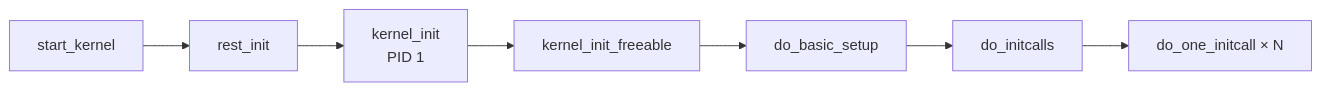
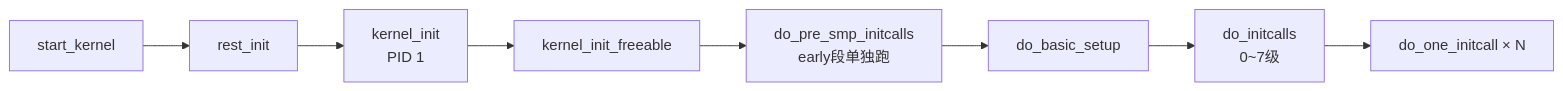
One commit to xiaohong0925/Embedded_Knowledge_System_V2026 changed the second of 2 diagrams in docs/02-核心机制深度解析/第7章 启动链深度解析/7.5.3_initcalls_八级初始化机制.md. Above: the diagram before and after it, drawn with Mermaid. The commit also changed other lines of this file and 49 other files, not shown here.

````diff
--- a/docs/02-核心机制深度解析/第7章 启动链深度解析/7.5.3_initcalls_八级初始化机制.md
+++ b/docs/02-核心机制深度解析/第7章 启动链深度解析/7.5.3_initcalls_八级初始化机制.md
@@ -129,9 +134,10 @@
 ```mermaid
 flowchart LR
     A[start_kernel] --> B[rest_init]
     B --> C[kernel_init<br/>PID 1]
     C --> D[kernel_init_freeable]
-    D --> E[do_basic_setup]
-    E --> F[do_initcalls]
+    D --> P[do_pre_smp_initcalls<br/>early段单独跑]
+    P --> E[do_basic_setup]
+    E --> F[do_initcalls<br/>0~7级]
     F --> G[do_one_initcall × N]
 ```
````
